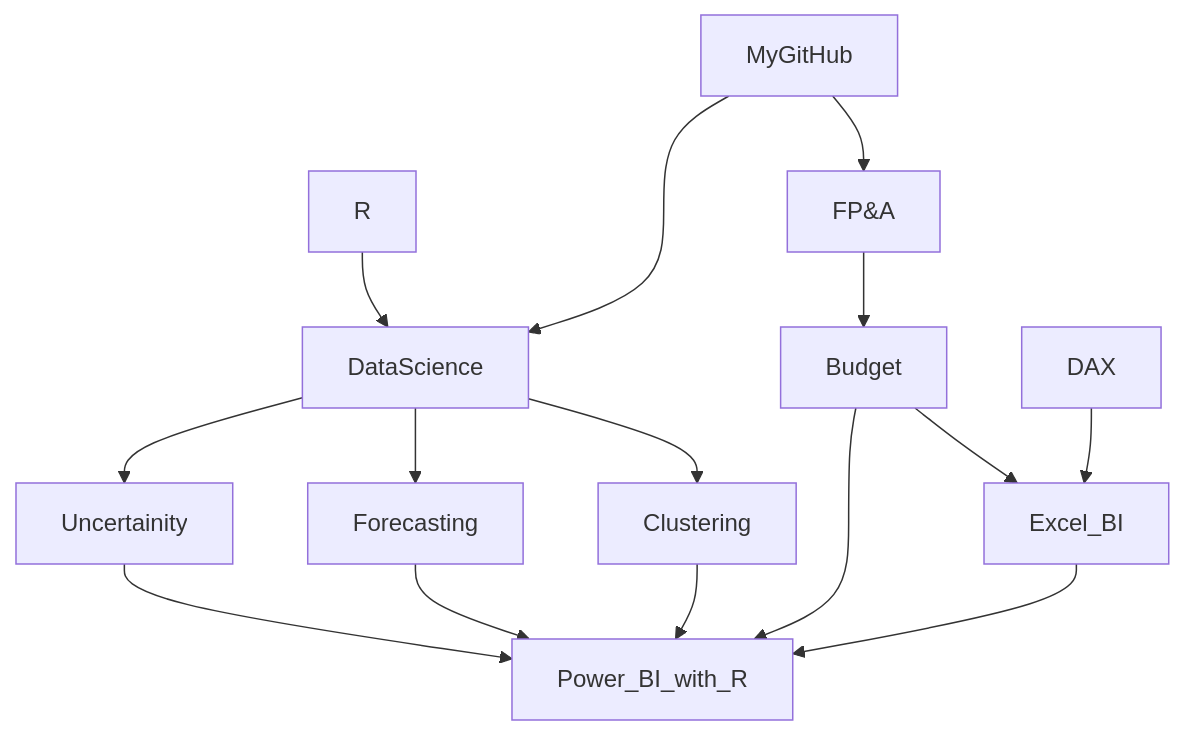
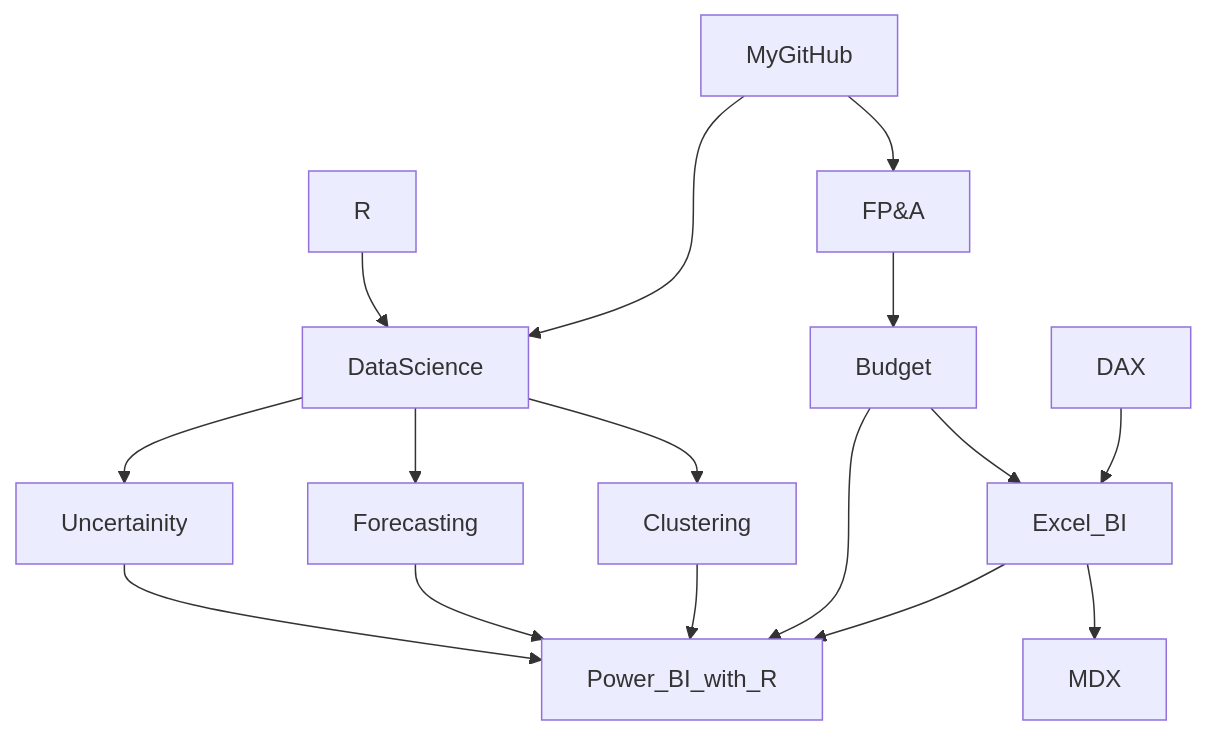
Before and after one commit to md3629/md3629: the diagram in README.md, drawn with Mermaid.

````diff
--- a/README.md
+++ b/README.md
@@ -9,17 +9,18 @@
 ```mermaid
 graph TD;
     MyGitHub-->FP&A;
     FP&A-->Budget;
     R-->DataScience;
     MyGitHub-->DataScience;
     DataScience-->Forecasting;
     DataScience-->Clustering;
     DataScience-->Uncertainity;
     Uncertainity-->Power_BI_with_R;
     Forecasting-->Power_BI_with_R;
     Clustering-->Power_BI_with_R;
     Budget-->Power_BI_with_R;
     Budget-->Excel_BI;
     DAX-->Excel_BI;
     Excel_BI-->Power_BI_with_R;
+    Excel_BI-->MDX;
 ```
````
